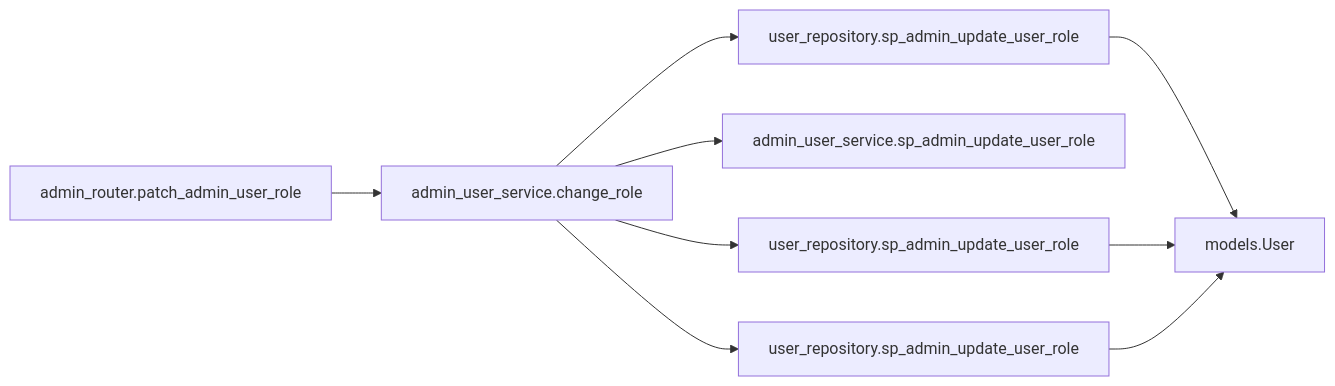
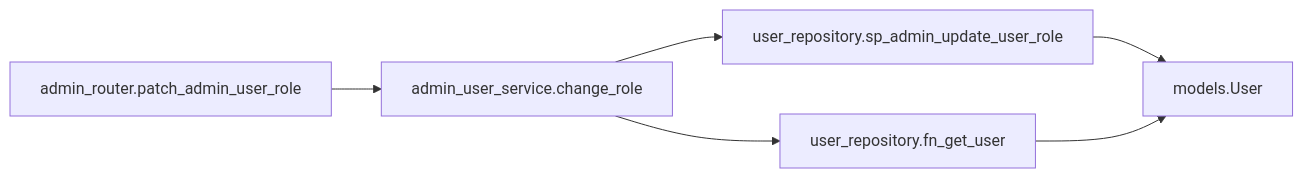
Before and after one commit to oikawa-d/task_management: the third of 4 diagrams in detailed_design/api/admin/02_patch_admin_user_role.md, drawn with Mermaid. The commit also changed other lines of this file and 5 other files, not shown here.

````diff
--- a/detailed_design/api/admin/02_patch_admin_user_role.md
+++ b/detailed_design/api/admin/02_patch_admin_user_role.md
@@ -231,11 +208,8 @@
 ```mermaid
 flowchart LR
     R["admin_router.patch_admin_user_role"] --> S["admin_user_service.change_role"]
     S --> RP1["user_repository.sp_admin_update_user_role"]
-    S --> L["admin_user_service.sp_admin_update_user_role"]
-    S --> RP2["user_repository.sp_admin_update_user_role"]
-    S --> RP3["user_repository.sp_admin_update_user_role"]
+    S --> RP2["user_repository.fn_get_user"]
     RP1 --> M["models.User"]
     RP2 --> M
-    RP3 --> M
 ```
````
